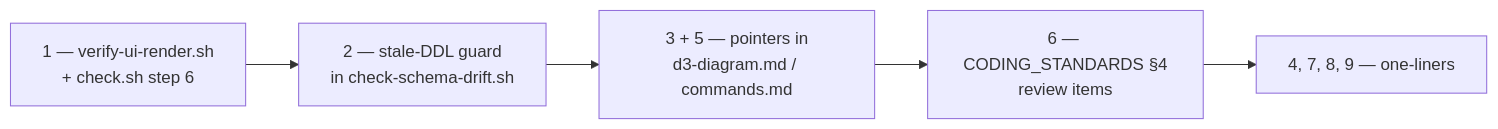
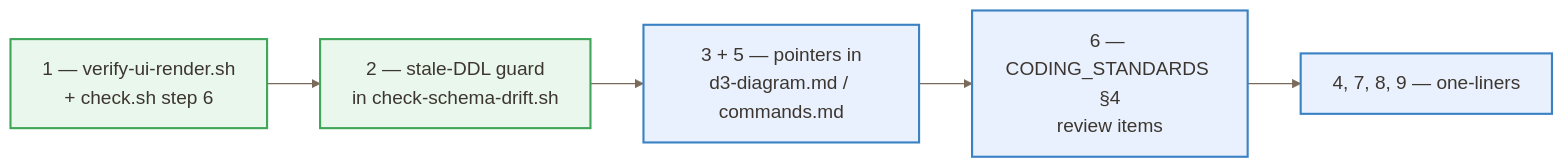
One commit to joerg-rade/domox changed the diagram in docs/scratch_pad/retro-d3-hover-reveal-2026-10-31.md. Above: the diagram before and after it, drawn with Mermaid. The commit also changed 13 other files, not shown here.

Commit message:
mermaid diagram improvements

````diff
--- a/docs/scratch_pad/retro-d3-hover-reveal-2026-10-31.md
+++ b/docs/scratch_pad/retro-d3-hover-reveal-2026-10-31.md
@@ -246,7 +246,11 @@
 ```mermaid
+%%{init: {'theme':'base','themeVariables':{'fontSize':'18px','primaryColor':'#FFF4E5','primaryTextColor':'#3D3630','primaryBorderColor':'#E8A33D','lineColor':'#7A6A5A','secondaryColor':'#E8F1FD','tertiaryColor':'#F0EBFB','clusterBkg':'#FBF7F1','clusterBorder':'#E0D3C0','background':'#FFFFFF'}}}%%
 flowchart LR
-    A["1 — verify-ui-render.sh<br/>+ check.sh step 6"] --> B["2 — stale-DDL guard<br/>in check-schema-drift.sh"]
-    B --> C["3 + 5 — pointers in<br/>d3-diagram.md / commands.md"]
-    C --> D["6 — CODING_STANDARDS §4<br/>review items"]
-    D --> E["4, 7, 8, 9 — one-liners"]
+    classDef priority fill:#E9F7EC,stroke:#3FA65A,stroke-width:2px,color:#3D3630
+    classDef step fill:#E8F1FD,stroke:#3B82C4,stroke-width:2px,color:#3D3630
+
+    A["1 — verify-ui-render.sh<br/>+ check.sh step 6"]:::priority --> B["2 — stale-DDL guard<br/>in check-schema-drift.sh"]:::priority
+    B --> C["3 + 5 — pointers in<br/>d3-diagram.md / commands.md"]:::step
+    C --> D["6 — CODING_STANDARDS §4<br/>review items"]:::step
+    D --> E["4, 7, 8, 9 — one-liners"]:::step
 ```
````
